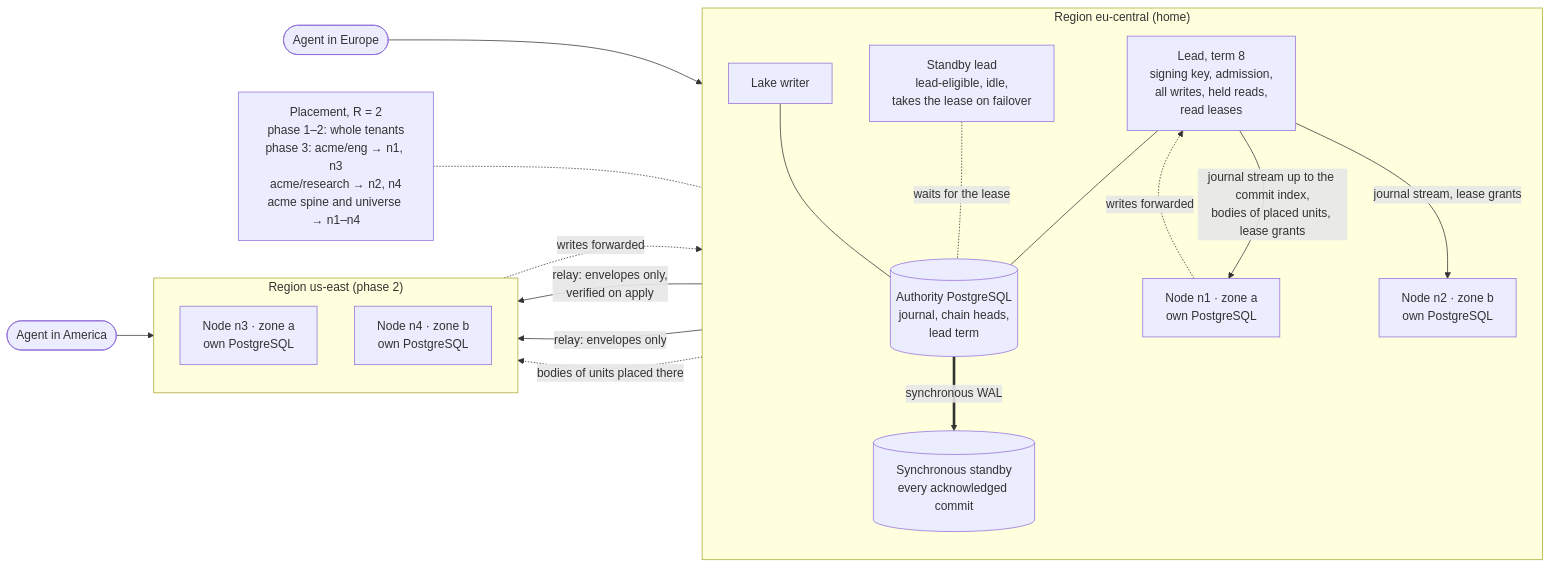
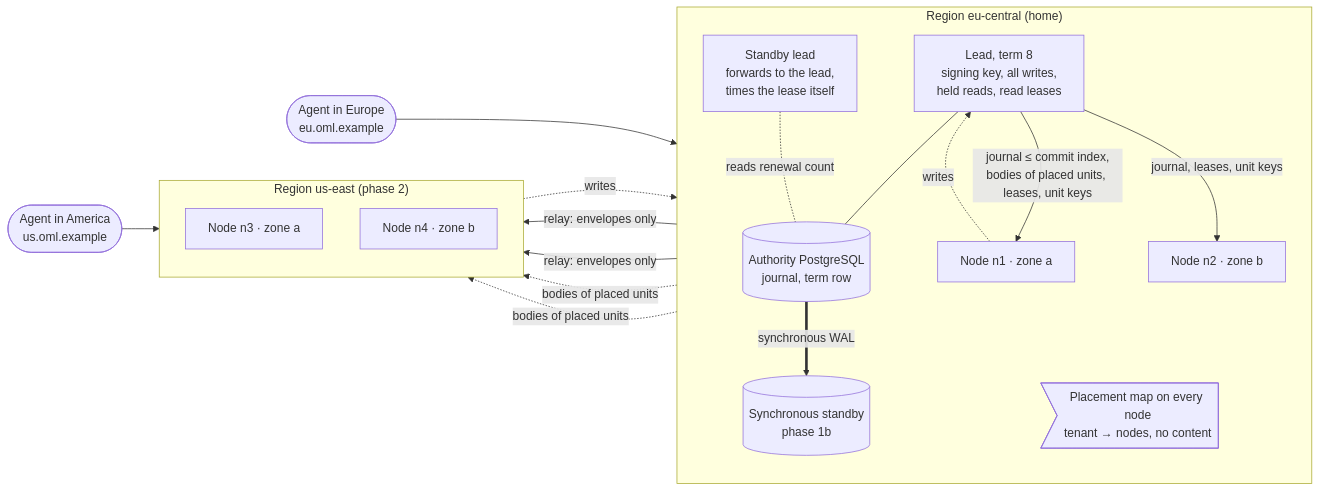
The first of 4 diagrams in docs/adr/ADR-0073-a-leader-signs-every-write-and-nodes-serve-the-workareas-placed-on-them-each-read-routed-to-the-closest-less-busy-replica-fresh-enough-for-it.md (e8kor/open-memory-lab), drawn with Mermaid before and after one commit. The commit also changed other lines of this file and 3 other files, not shown here.

First line of the commit message:
ADR-0073 round 2: succession on the successor's own clock, a send check for reads in flight, unit keys, and phase 1a

````diff
--- a/docs/adr/ADR-0073-a-leader-signs-every-write-and-nodes-serve-the-workareas-placed-on-them-each-read-routed-to-the-closest-less-busy-replica-fresh-enough-for-it.md
+++ b/docs/adr/ADR-0073-a-leader-signs-every-write-and-nodes-serve-the-workareas-placed-on-them-each-read-routed-to-the-closest-less-busy-replica-fresh-enough-for-it.md
@@ -78,33 +63,31 @@
 ```mermaid
 flowchart LR
     subgraph home["Region eu-central (home)"]
         direction TB
-        L["Lead, term 8<br/>signing key, admission,<br/>all writes, held reads,<br/>read leases"]
-        S["Standby lead<br/>lead-eligible, idle,<br/>takes the lease on failover"]
-        ADB[("Authority PostgreSQL<br/>journal, chain heads,<br/>lead term")]
-        SB[("Synchronous standby<br/>every acknowledged commit")]
-        LW["Lake writer"]
-        N1["Node n1 · zone a<br/>own PostgreSQL"]
-        N2["Node n2 · zone b<br/>own PostgreSQL"]
+        L["Lead, term 8<br/>signing key, all writes,<br/>held reads, read leases"]
+        S["Standby lead<br/>forwards to the lead,<br/>times the lease itself"]
+        ADB[("Authority PostgreSQL<br/>journal, term row")]
+        SB[("Synchronous standby<br/>phase 1b")]
+        N1["Node n1 · zone a"]
+        N2["Node n2 · zone b"]
         L --- ADB
-        S -. "waits for the lease" .- ADB
+        S -. "reads renewal count" .- ADB
         ADB == "synchronous WAL" ==> SB
-        LW --- ADB
+        P>"Placement map on every node<br/>tenant → nodes, no content"]
     end
     subgraph west["Region us-east (phase 2)"]
         direction TB
-        N3["Node n3 · zone a<br/>own PostgreSQL"]
-        N4["Node n4 · zone b<br/>own PostgreSQL"]
+        N3["Node n3 · zone a"]
+        N4["Node n4 · zone b"]
     end
-    L -- "journal stream up to the commit index,<br/>bodies of placed units, lease grants" --> N1
-    L -- "journal stream, lease grants" --> N2
-    N2 -- "relay: envelopes only,<br/>verified on apply" --> N3
+    L -- "journal ≤ commit index,<br/>bodies of placed units, leases, unit keys" --> N1
+    L -- "journal, leases, unit keys" --> N2
+    N2 -- "relay: envelopes only" --> N3
     N2 -- "relay: envelopes only" --> N4
-    L -. "bodies of units placed there" .-> N3
-    C1(["Agent in Europe"]) --> N1
-    C2(["Agent in America"]) --> N3
-    N1 -. "writes forwarded" .-> L
-    N3 -. "writes forwarded" .-> L
-    P["Placement, R = 2<br/>phase 1–2: whole tenants<br/>phase 3: acme/eng → n1, n3<br/>acme/research → n2, n4<br/>acme spine and universe → n1–n4"]
-    P -.- N2
+    L -. "bodies of placed units" .-> N3
+    L -. "bodies of placed units" .-> N4
+    C1(["Agent in Europe<br/>eu.oml.example"]) --> N1
+    C2(["Agent in America<br/>us.oml.example"]) --> N3
+    N1 -. "writes" .-> L
+    N3 -. "writes" .-> L
 ```
````
